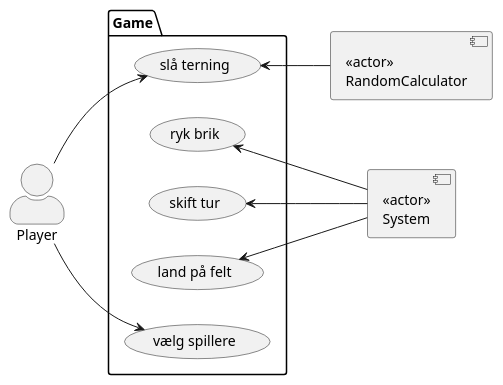
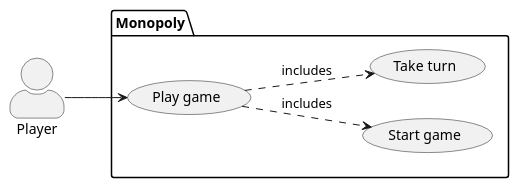
The diagram in src/main/java/plantUML_diagrams/UseCaseDiagram.puml (Jakob-SA/CDIO-3), drawn with PlantUML before and after one commit. The commit also changed 1 other file, not shown here.

```diff
--- a/src/main/java/plantUML_diagrams/UseCaseDiagram.puml
+++ b/src/main/java/plantUML_diagrams/UseCaseDiagram.puml
@@ -1,24 +1,20 @@
 @startuml
 'https://plantuml.com/use-case-diagram
 skinparam actorStyle awesome
-[<<actor>>\nSystem] as Foo
+
 Player as Foo1
-[<<actor>>\nRandomCalculator] as Foo2
-package Game{
-    usecase "ryk brik" as UC1
-    usecase "slå terning" as UC2
-    usecase "land på felt" as UC3
-    usecase "vælg spillere" as UC5
-    usecase "skift tur" as UC6
+
+package Monopoly{
+    usecase "Play game" as UC1
+    usecase "Start game" as UC2
+    usecase "Take turn" as UC3
+
 }
 left to right direction
-Foo1 --> UC5
-Foo1 -> UC2
+Foo1 --> UC1
+UC1 ..> UC2 :includes
+UC1 ..> UC3 : includes
 
-UC1 <- Foo
-UC6 <- Foo
-UC3 <-- Foo
-UC2 <-- Foo2
 
 
 @enduml
```
